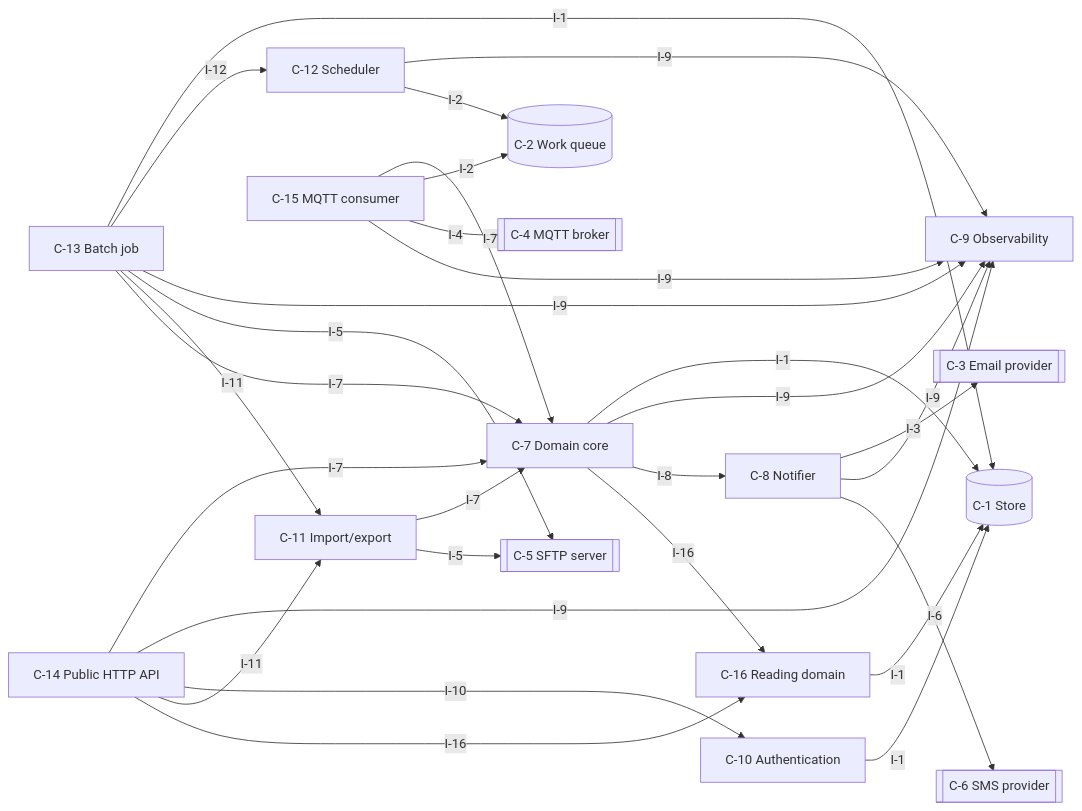
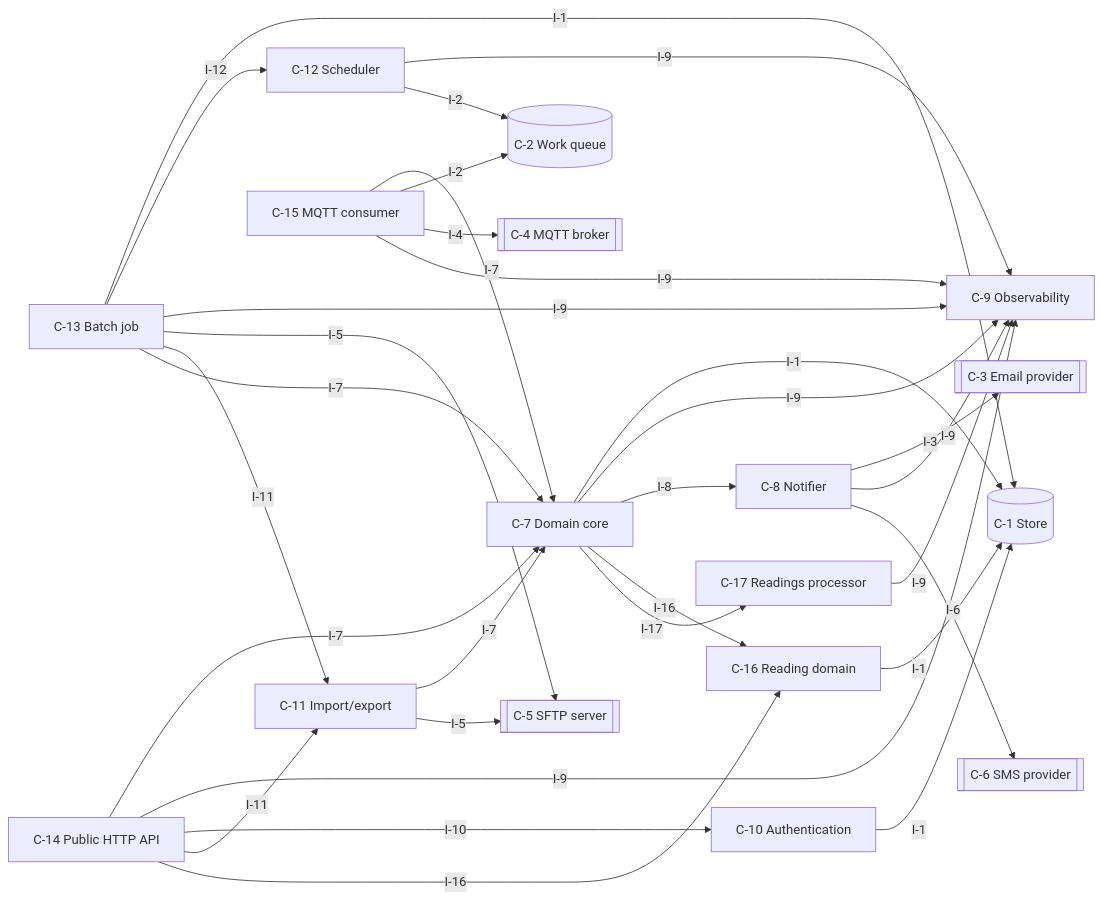
Before and after one commit to yui9696/sekkei: the first of 3 diagrams in examples/eval/telemetry.DESIGN.md, drawn with Mermaid. The commit also changed other lines of this file and 42 other files, not shown here.

````diff
--- a/examples/eval/telemetry.DESIGN.md
+++ b/examples/eval/telemetry.DESIGN.md
@@ -44,47 +44,50 @@
 ```mermaid
 graph LR
   C_1[("C-1 Store")]
   C_2[("C-2 Work queue")]
   C_3[["C-3 Email provider"]]
   C_4[["C-4 MQTT broker"]]
   C_5[["C-5 SFTP server"]]
   C_6[["C-6 SMS provider"]]
   C_7["C-7 Domain core"]
   C_8["C-8 Notifier"]
   C_9["C-9 Observability"]
   C_10["C-10 Authentication"]
   C_11["C-11 Import/export"]
   C_12["C-12 Scheduler"]
   C_13["C-13 Batch job"]
   C_14["C-14 Public HTTP API"]
   C_15["C-15 MQTT consumer"]
   C_16["C-16 Reading domain"]
+  C_17["C-17 Readings processor"]
   C_7 -->|I-1| C_1
   C_7 -->|I-9| C_9
   C_7 -->|I-8| C_8
   C_7 -->|I-16| C_16
+  C_7 -->|I-17| C_17
   C_8 -->|I-3| C_3
   C_8 -->|I-9| C_9
   C_8 -->|I-6| C_6
   C_10 -->|I-1| C_1
   C_11 -->|I-7| C_7
   C_11 -->|I-5| C_5
   C_12 -->|I-9| C_9
   C_12 -->|I-2| C_2
   C_13 -->|I-1| C_1
   C_13 -->|I-12| C_12
   C_13 -->|I-9| C_9
   C_13 -->|I-5| C_5
   C_13 -->|I-11| C_11
   C_13 -->|I-7| C_7
   C_14 -->|I-7| C_7
   C_14 -->|I-9| C_9
   C_14 -->|I-10| C_10
   C_14 -->|I-11| C_11
   C_14 -->|I-16| C_16
   C_15 -->|I-7| C_7
   C_15 -->|I-2| C_2
   C_15 -->|I-4| C_4
   C_15 -->|I-9| C_9
   C_16 -->|I-1| C_1
+  C_17 -->|I-9| C_9
 ```
````
